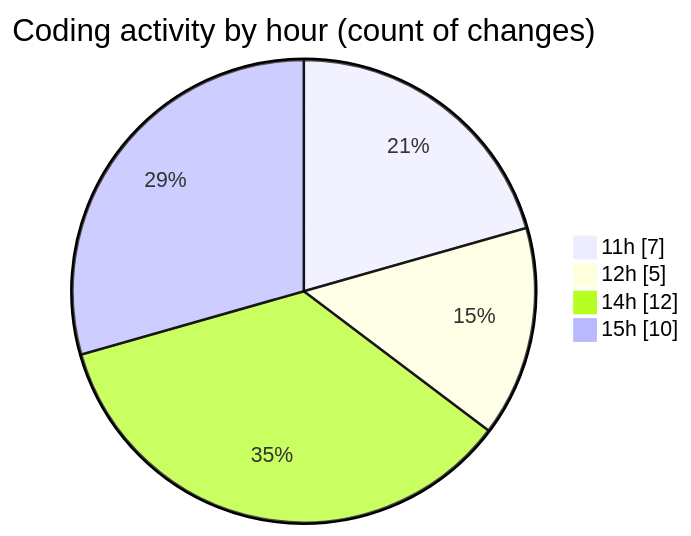
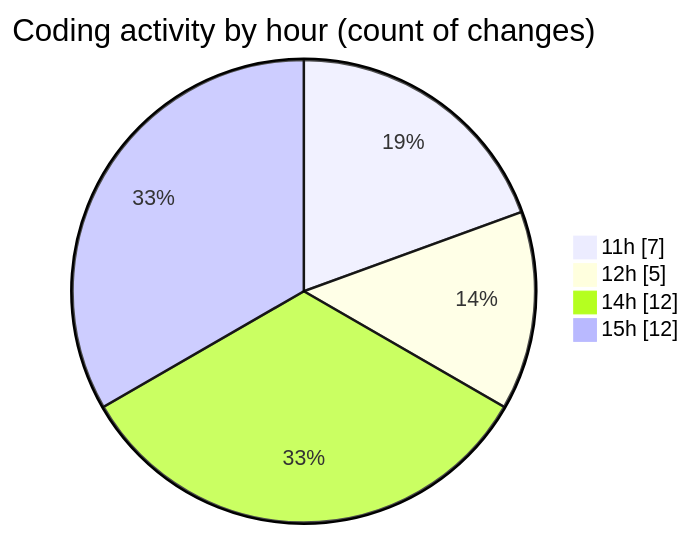
Before and after one commit to debugP/code-tracking: the second of 2 diagrams in 2025-10-22/untitled__workspace_/README.md, drawn with Mermaid. The commit also changed other lines of this file and 1 other file, not shown here.

````diff
--- a/2025-10-22/untitled__workspace_/README.md
+++ b/2025-10-22/untitled__workspace_/README.md
@@ -30,8 +30,8 @@
 ```mermaid
 pie showData
 title Coding activity by hour (count of changes)
 "11h" : 7
 "12h" : 5
 "14h" : 12
-"15h" : 10
+"15h" : 12
 ```
````
